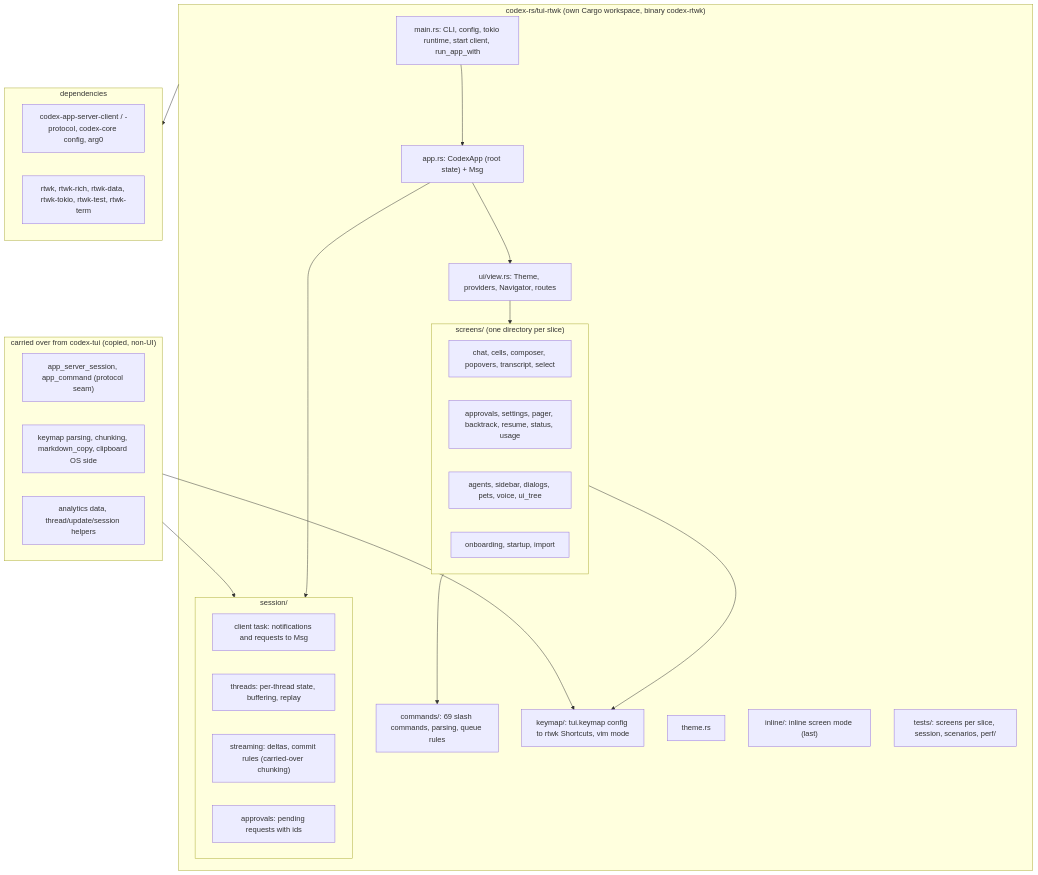
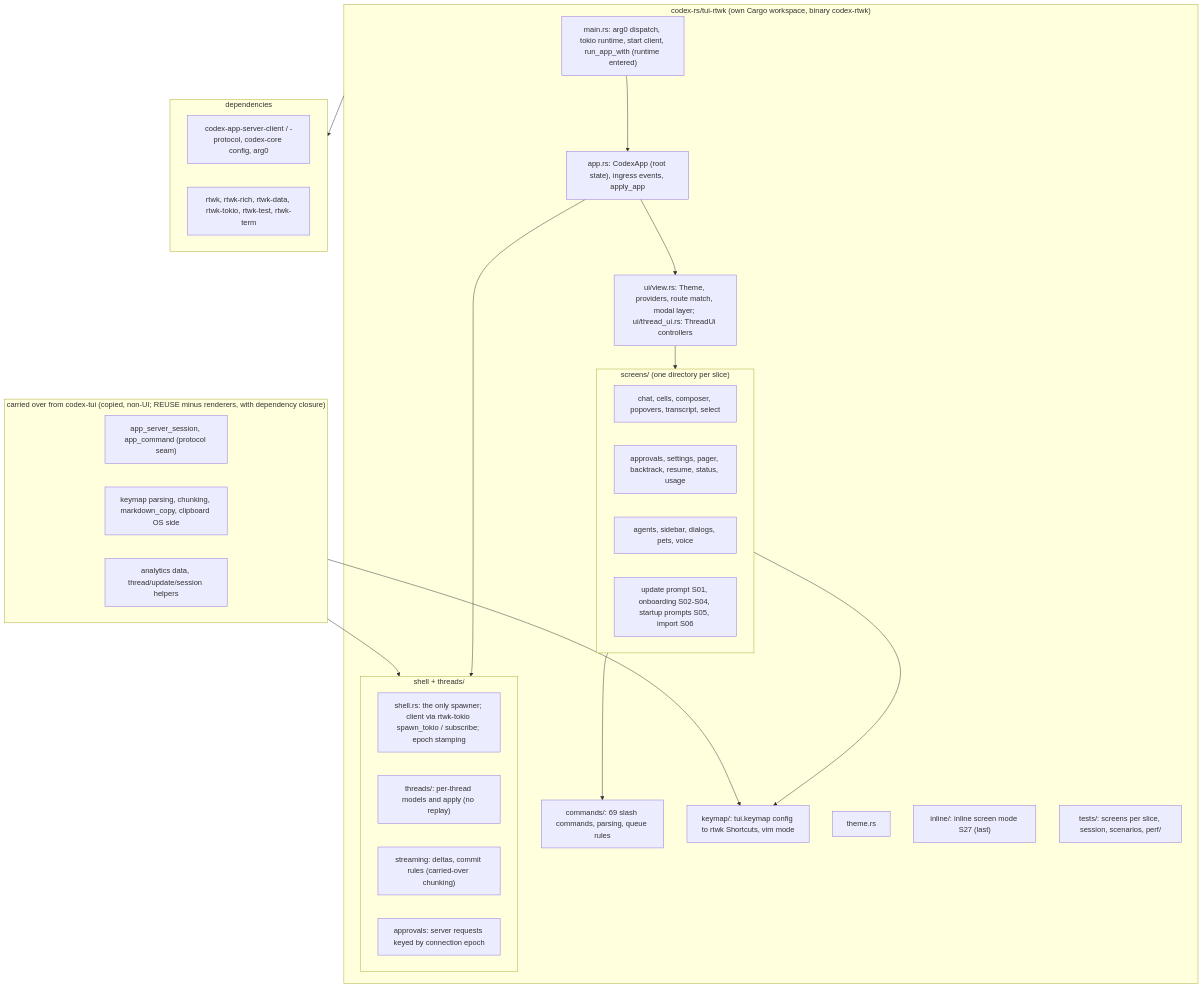
The third of 11 diagrams in docs/rtwk-port/design.md (Maryarty/CodexCLI), drawn with Mermaid before and after one commit. The commit also changed other lines of this file and 10 other files, not shown here.

First line of the commit message:
arch-review: independent Opus review of the architecture; findings fixed

````diff
--- a/docs/rtwk-port/design.md
+++ b/docs/rtwk-port/design.md
@@ -60,41 +63,41 @@
 ```mermaid
 flowchart TB
   subgraph crate["codex-rs/tui-rtwk (own Cargo workspace, binary codex-rtwk)"]
-    main["main.rs: CLI, config, tokio runtime, start client, run_app_with"]
-    app["app.rs: CodexApp (root state) + Msg"]
-    subgraph session["session/"]
-      client["client task: notifications and requests to Msg"]
-      threads["threads: per-thread state, buffering, replay"]
+    main["main.rs: arg0 dispatch, tokio runtime, start client, run_app_with (runtime entered)"]
+    app["app.rs: CodexApp (root state), ingress events, apply_app"]
+    subgraph session["shell + threads/"]
+      client["shell.rs: the only spawner; client via rtwk-tokio spawn_tokio / subscribe; epoch stamping"]
+      threads["threads/: per-thread models and apply (no replay)"]
       stream["streaming: deltas, commit rules (carried-over chunking)"]
-      appr["approvals: pending requests with ids"]
+      appr["approvals: server requests keyed by connection epoch"]
     end
     commands["commands/: 69 slash commands, parsing, queue rules"]
     keymap["keymap/: tui.keymap config to rtwk Shortcuts, vim mode"]
     theme["theme.rs"]
-    root["ui/view.rs: Theme, providers, Navigator, routes"]
+    root["ui/view.rs: Theme, providers, route match, modal layer; ui/thread_ui.rs: ThreadUi controllers"]
     subgraph screens["screens/ (one directory per slice)"]
       s1["chat, cells, composer, popovers, transcript, select"]
       s2["approvals, settings, pager, backtrack, resume, status, usage"]
-      s3["agents, sidebar, dialogs, pets, voice, ui_tree"]
-      s4["onboarding, startup, import"]
+      s3["agents, sidebar, dialogs, pets, voice"]
+      s4["update prompt S01, onboarding S02-S04, startup prompts S05, import S06"]
     end
-    inline["inline/: inline screen mode (last)"]
+    inline["inline/: inline screen mode S27 (last)"]
     tests["tests/: screens per slice, session, scenarios, perf/"]
   end
-  subgraph reuse["carried over from codex-tui (copied, non-UI)"]
+  subgraph reuse["carried over from codex-tui (copied, non-UI; REUSE minus renderers, with dependency closure)"]
     c1["app_server_session, app_command (protocol seam)"]
     c2["keymap parsing, chunking, markdown_copy, clipboard OS side"]
     c3["analytics data, thread/update/session helpers"]
   end
   subgraph deps["dependencies"]
     d1["codex-app-server-client / -protocol, codex-core config, arg0"]
     d2["rtwk, rtwk-rich, rtwk-data, rtwk-tokio, rtwk-test, rtwk-term"]
   end
   reuse --> session
   reuse --> keymap
   main --> app --> root --> screens
   app --> session
   screens --> commands
   screens --> keymap
   crate --> deps
 ```
````
